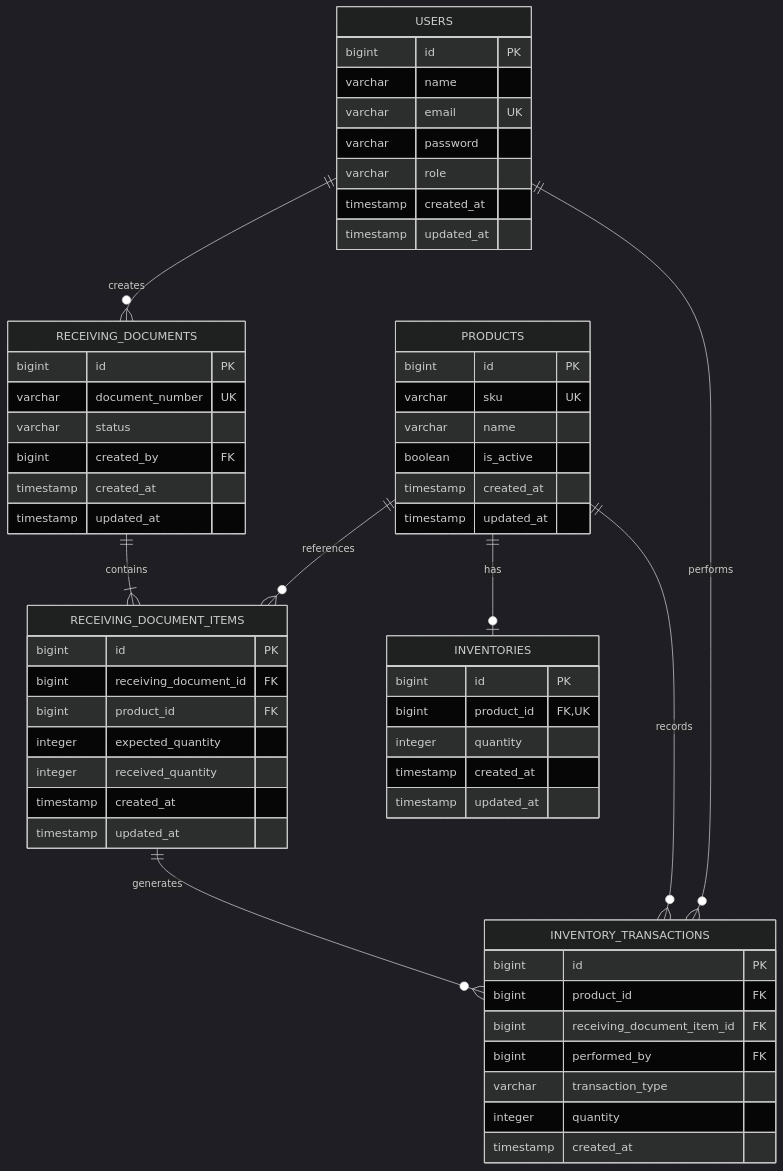
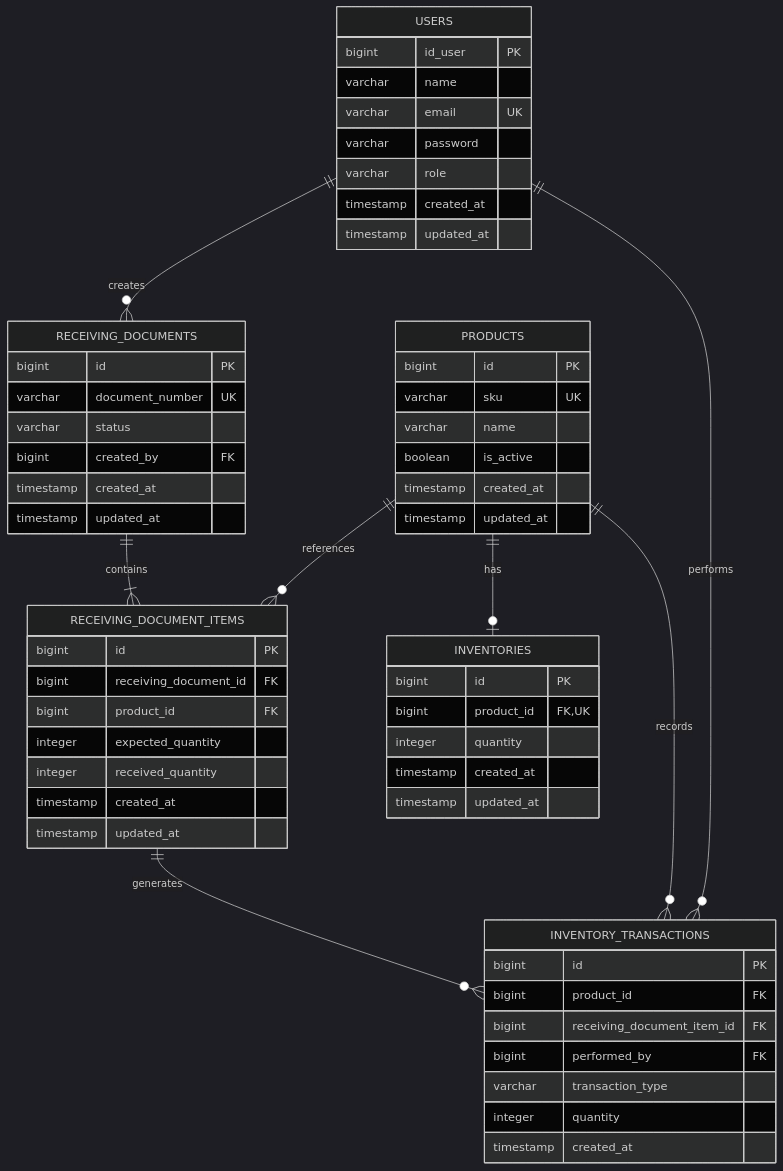
Before and after one commit to giaberlian19/Warehouse-Receiving-System-: the diagram in docs/erd.md, drawn with Mermaid (dark theme).

Commit message:
update ERD

````diff
--- a/docs/erd.md
+++ b/docs/erd.md
@@ -8,69 +8,69 @@
 ```mermaid
 erDiagram
     USERS ||--o{ RECEIVING_DOCUMENTS : creates
     USERS ||--o{ INVENTORY_TRANSACTIONS : performs
 
     RECEIVING_DOCUMENTS ||--|{ RECEIVING_DOCUMENT_ITEMS : contains
 
     PRODUCTS ||--o{ RECEIVING_DOCUMENT_ITEMS : references
     PRODUCTS ||--o| INVENTORIES : has
     PRODUCTS ||--o{ INVENTORY_TRANSACTIONS : records
 
     RECEIVING_DOCUMENT_ITEMS ||--o{ INVENTORY_TRANSACTIONS : generates
 
     USERS {
-        bigint id PK
+        bigint id_user PK
         varchar name
         varchar email UK
         varchar password
         varchar role
         timestamp created_at
         timestamp updated_at
     }
 
     PRODUCTS {
         bigint id PK
         varchar sku UK
         varchar name
         boolean is_active
         timestamp created_at
         timestamp updated_at
     }
 
     RECEIVING_DOCUMENTS {
         bigint id PK
         varchar document_number UK
         varchar status
         bigint created_by FK
         timestamp created_at
         timestamp updated_at
     }
 
     RECEIVING_DOCUMENT_ITEMS {
         bigint id PK
         bigint receiving_document_id FK
         bigint product_id FK
         integer expected_quantity
         integer received_quantity
         timestamp created_at
         timestamp updated_at
     }
 
     INVENTORIES {
         bigint id PK
         bigint product_id FK, UK
         integer quantity
         timestamp created_at
         timestamp updated_at
     }
 
     INVENTORY_TRANSACTIONS {
         bigint id PK
         bigint product_id FK
         bigint receiving_document_item_id FK
         bigint performed_by FK
         varchar transaction_type
         integer quantity
         timestamp created_at
     }
 ```
````
